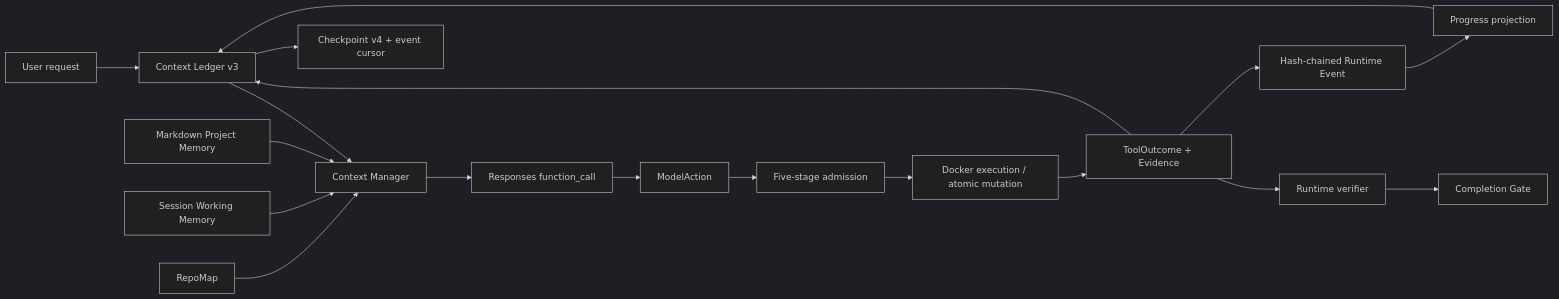
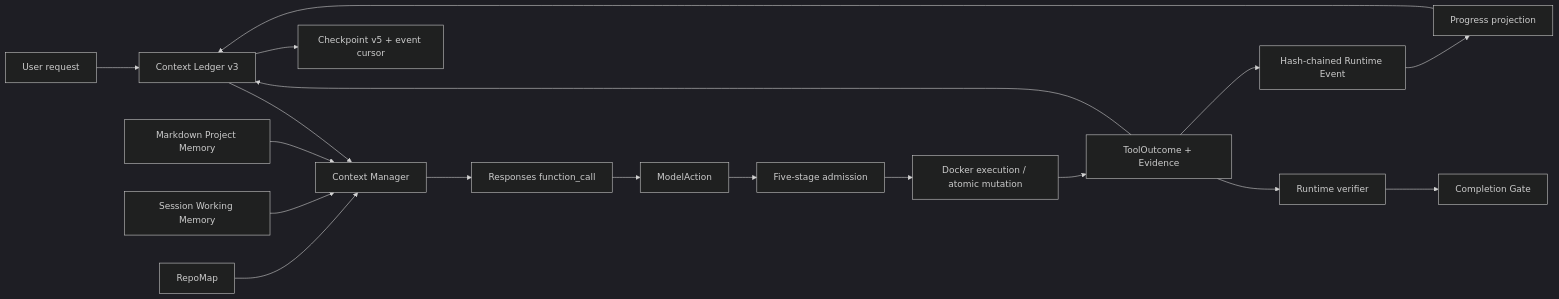
Before and after one commit to goskiwi/pico-main: the diagram in docs/architecture/agent-runtime.md, drawn with Mermaid (dark theme). The commit also changed other lines of this file and 4 other files, not shown here.

````diff
--- a/docs/architecture/agent-runtime.md
+++ b/docs/architecture/agent-runtime.md
@@ -6,19 +10,19 @@
 ```mermaid
 flowchart LR
   U["User request"] --> L["Context Ledger v3"]
   RM["RepoMap"] --> C["Context Manager"]
   WM["Session Working Memory"] --> C
   PM["Markdown Project Memory"] --> C
   L --> C --> M["Responses function_call"]
   M --> A["ModelAction"]
   A --> G["Five-stage admission"]
   G --> X["Docker execution / atomic mutation"]
   X --> O["ToolOutcome + Evidence"]
   O --> L
   O --> E["Hash-chained Runtime Event"]
   E --> P["Progress projection"]
   P --> L
-  L --> CP["Checkpoint v4 + event cursor"]
+  L --> CP["Checkpoint v5 + event cursor"]
   O --> V["Runtime verifier"]
   V --> F["Completion Gate"]
 ```
````
